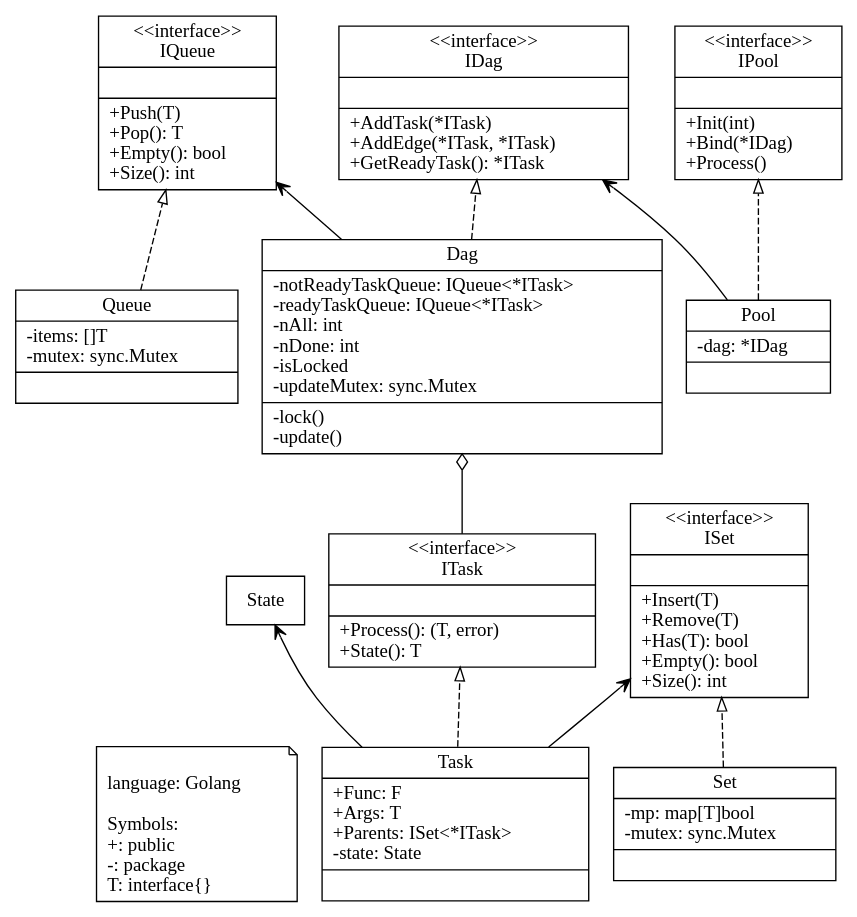
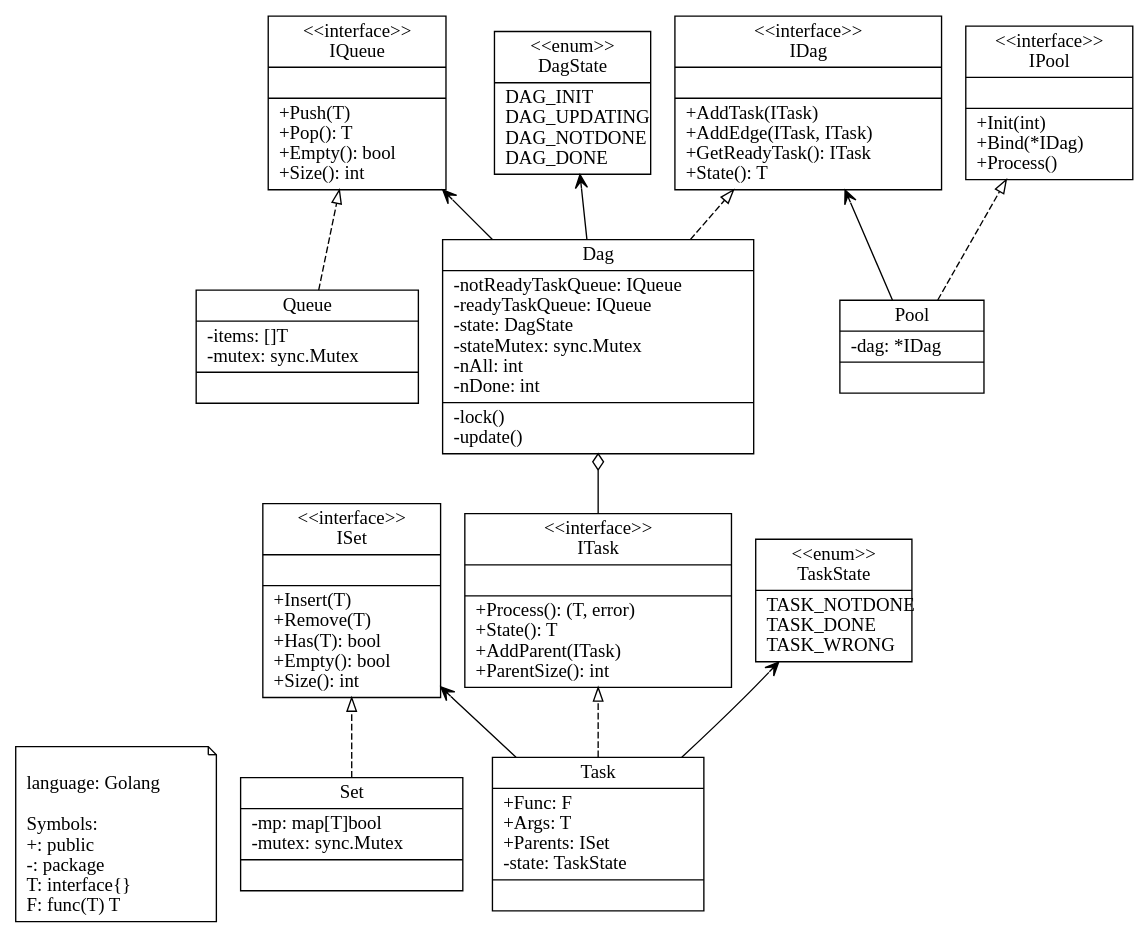
One commit to lightjameslyy/uml changed the diagram in stargo/stargo.dot. Above: the diagram before and after it, drawn with Graphviz.

```diff
--- a/stargo/stargo.dot
+++ b/stargo/stargo.dot
@@ -1,91 +1,98 @@
 digraph stargo {
     rankdir=BT
 
     graph [fontname = "Consolas"];
     node [fontname = "Consolas"];
     edge [fontname = "Consolas"];
 
     node [
         shape = "note"
     ]
 
     note01 [
-        label = "\llanguage: Golang\l\lSymbols:\l+: public\l-: package\lT: interface{}\l"
+        label = "\llanguage: Golang\l\lSymbols:\l+: public\l-: package\lT: interface{}\lF: func(T) T\l"
     ]
 
     node [
         shape = "record"
     ]
-
-    State 
 
     IQueue [
         label = "{\<\<interface\>\>\nIQueue||+Push(T)\l+Pop(): T\l+Empty(): bool\l+Size(): int\l}"
     ]
 
     ISet [
         label = "{\<\<interface\>\>\nISet||+Insert(T)\l+Remove(T)\l+Has(T): bool\l+Empty(): bool\l+Size(): int\l}"
     ]
 
     ITask [
-        label = "{\<\<interface\>\>\nITask||+Process(): (T, error)\l+State(): T\l}"
+        label = "{\<\<interface\>\>\nITask||+Process(): (T, error)\l+State(): T\l+AddParent(ITask)\l+ParentSize(): int\l}"
     ]
 
     IDag [
-        label = "{\<\<interface\>\>\nIDag||+AddTask(*ITask)\l+AddEdge(*ITask, *ITask)\l+GetReadyTask(): *ITask\l}"
+        label = "{\<\<interface\>\>\nIDag||+AddTask(ITask)\l+AddEdge(ITask, ITask)\l+GetReadyTask(): ITask\l+State(): T\l}"
     ]
 
     IPool [
         label = "{\<\<interface\>\>\nIPool||+Init(int)\l+Bind(*IDag)\l+Process()\l}"
     ]
 
     Queue [
         label = "{Queue|-items: []T\l-mutex: sync.Mutex\l|}"
     ]
 
     Set [
         label = "{Set|-mp: map[T]bool\l-mutex: sync.Mutex\l|}"
     ]
 
     Task [
-        label = "{Task|+Func: F\l+Args: T\l+Parents: ISet\<*ITask\>\l-state: State\l|}"
+        label = "{Task|+Func: F\l+Args: T\l+Parents: ISet\l-state: TaskState\l|}"
+    ]
+
+    TaskState [
+        label = "{\<\<enum\>\>\nTaskState\n|TASK_NOTDONE\lTASK_DONE\lTASK_WRONG\l}"
     ]
 
     Dag [
-        label = "{Dag|-notReadyTaskQueue: IQueue\<*ITask\>\l-readyTaskQueue: IQueue\<*ITask\>\l-nAll: int\l-nDone: int\l-isLocked\l-updateMutex: sync.Mutex\l|-lock()\l-update()\l}"
+        label = "{Dag|-notReadyTaskQueue: IQueue\l-readyTaskQueue: IQueue\l-state: DagState\l-stateMutex: sync.Mutex\l-nAll: int\l-nDone: int\l|-lock()\l-update()\l}"
+    ]
+
+    DagState [
+        label = "{\<\<enum\>\>\nDagState\n|DAG_INIT\lDAG_UPDATING\lDAG_NOTDONE\lDAG_DONE\l}"
     ]
 
     Pool [
         label = "{Pool|-dag: *IDag\l|}"
     ]
 
     edge [
         style=dashed 
         arrowhead=empty
     ]
 
     Queue -> IQueue
     Set -> ISet
     Task -> ITask 
     Dag -> IDag 
     Pool -> IPool
 
     edge [
         style=solid
         arrowhead=vee
     ]
 
     Task -> ISet
+    Task -> TaskState
     Dag -> IQueue
+    Dag -> DagState
     Pool -> IDag 
-    Task -> State
 
     edge [
         style=solid
         arrowhead=odiamond
     ]
 
     ITask -> Dag
 
 
 }
```
